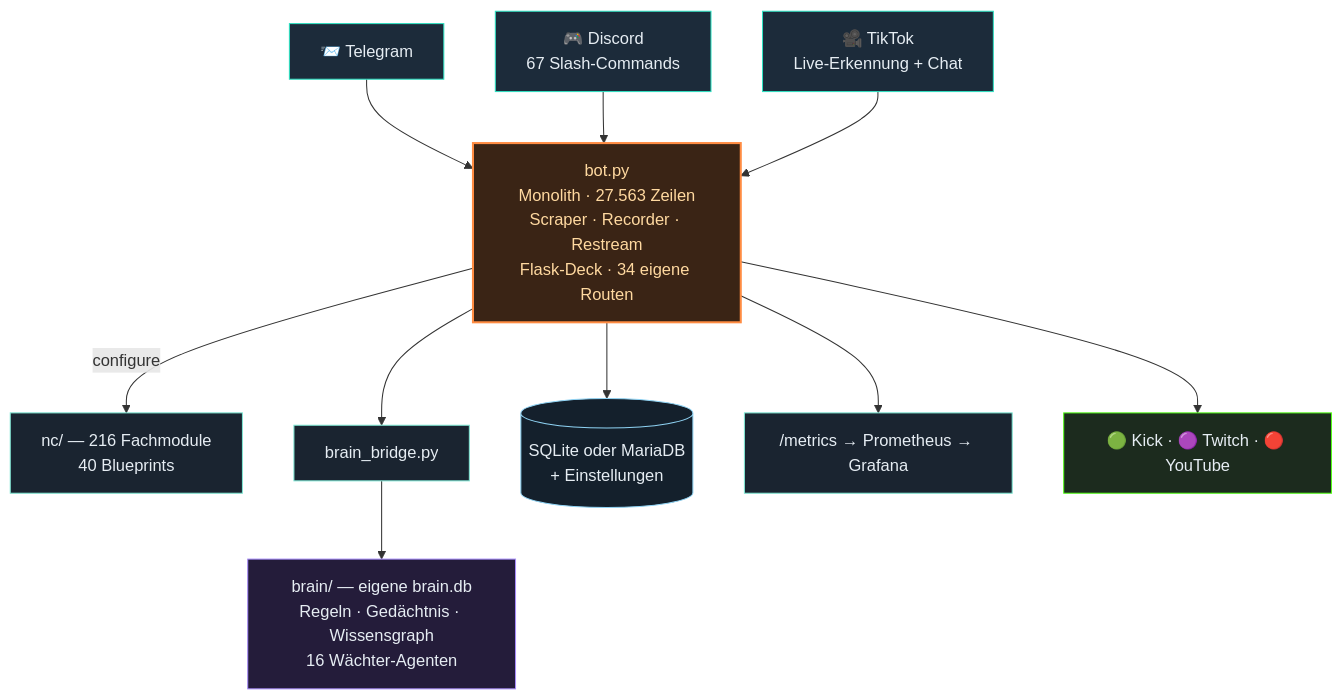
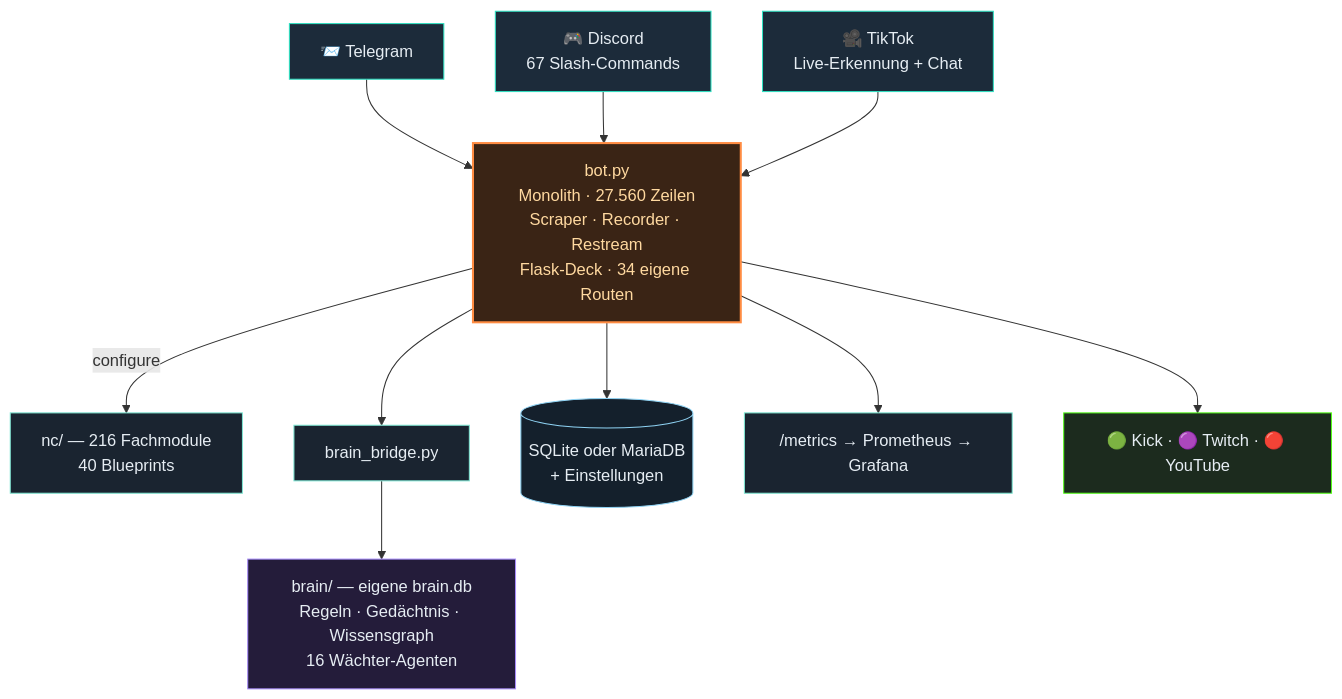
The second of 3 diagrams in README.md (itsamemedev/Telegram-Stream-Info-Bot), drawn with Mermaid before and after one commit. The commit also changed other lines of this file and 5 other files, not shown here.

````diff
--- a/README.md
+++ b/README.md
@@ -118,19 +118,19 @@
 ```mermaid
 flowchart TB
     TG["📨 Telegram"]:::ein --> BOT
     DC["🎮 Discord<br/>67 Slash-Commands"]:::ein --> BOT
     TT["🎥 TikTok<br/>Live-Erkennung + Chat"]:::ein --> BOT
-    BOT["bot.py<br/>Monolith · 27.563 Zeilen<br/>Scraper · Recorder · Restream<br/>Flask-Deck · 34 eigene Routen"]:::core
+    BOT["bot.py<br/>Monolith · 27.560 Zeilen<br/>Scraper · Recorder · Restream<br/>Flask-Deck · 34 eigene Routen"]:::core
     BOT -->|configure| NC["nc/ — 216 Fachmodule<br/>40 Blueprints"]:::lib
     BOT --> BR["brain_bridge.py"]:::lib
     BR --> BRAIN["brain/ — eigene brain.db<br/>Regeln · Gedächtnis · Wissensgraph<br/>16 Wächter-Agenten"]:::brain
     BOT --> DB[("SQLite oder MariaDB<br/>+ Einstellungen")]:::db
     BOT --> PROM["/metrics → Prometheus → Grafana"]:::lib
     BOT --> OUT["🟢 Kick · 🟣 Twitch · 🔴 YouTube"]:::out
     classDef ein fill:#1c2b3a,stroke:#2de1c2,color:#e6edf3
     classDef core fill:#3a2415,stroke:#ff8c42,stroke-width:2px,color:#ffd9a0
     classDef lib fill:#1a2430,stroke:#7fe7d4,color:#e6edf3
     classDef brain fill:#241c3a,stroke:#a78bfa,color:#e6edf3
     classDef db fill:#14202c,stroke:#8fd3f4,color:#e6edf3
     classDef out fill:#1c2b1e,stroke:#53fc18,color:#e6edf3
 ```
````
